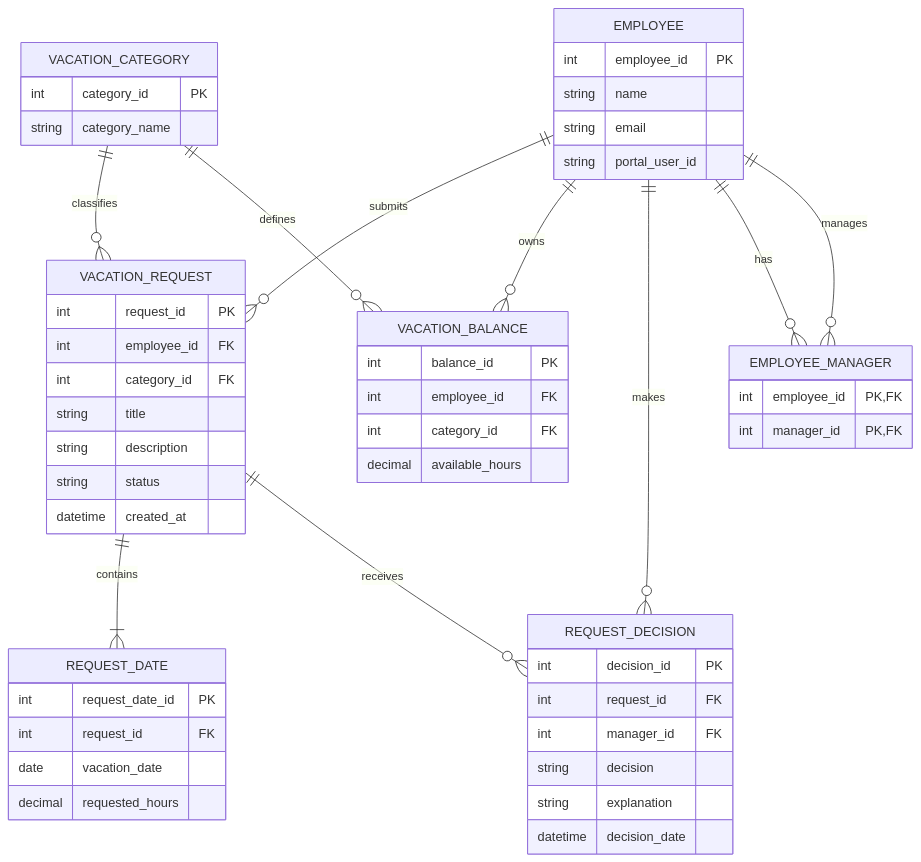
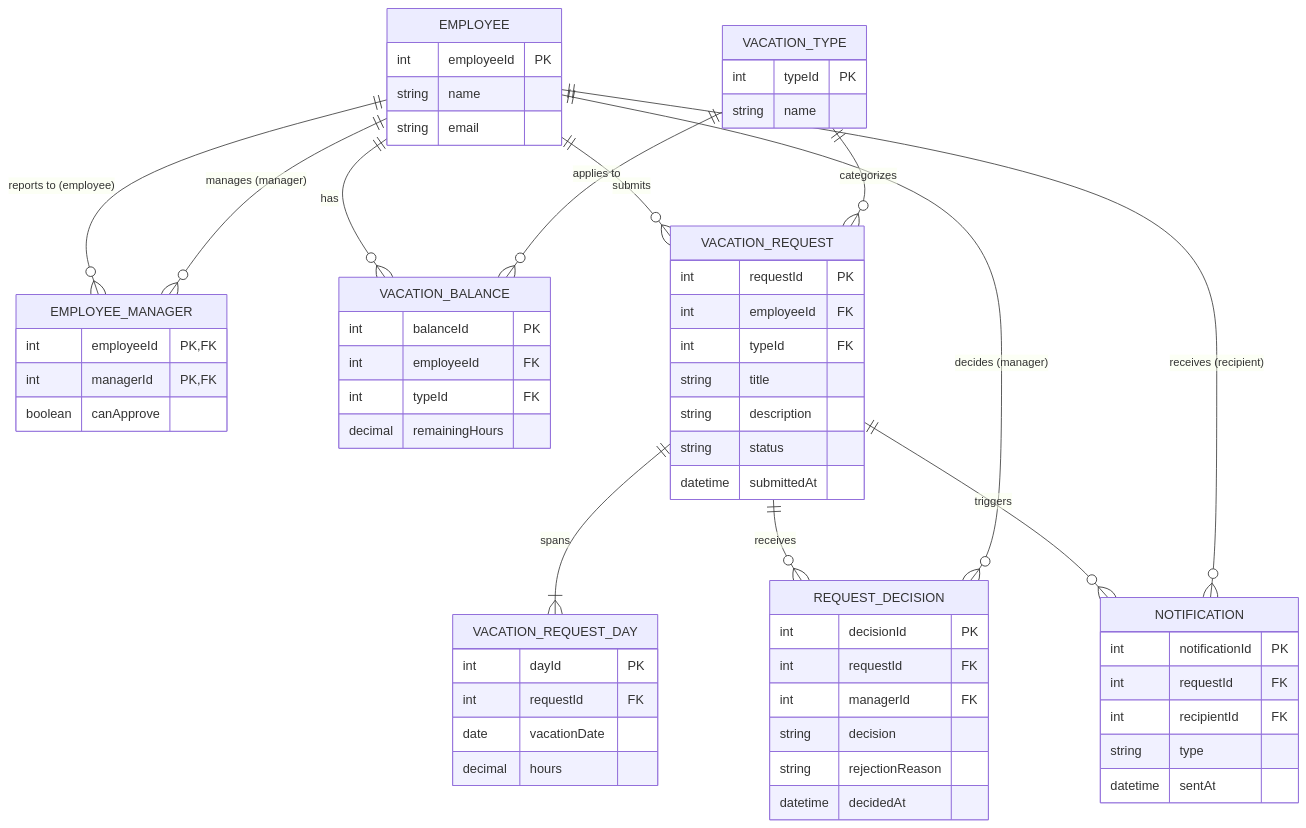
Before and after one commit to AhhmedNasser74/Vacation-Tracking-System: the second of 4 diagrams in README.md, drawn with Mermaid. The commit also changed other lines of this file, not shown here.

````diff
--- a/README.md
+++ b/README.md
@@ -326,62 +232,65 @@
 ```mermaid
 erDiagram
+    EMPLOYEE ||--o{ EMPLOYEE_MANAGER : "reports to (employee)"
+    EMPLOYEE ||--o{ EMPLOYEE_MANAGER : "manages (manager)"
+    EMPLOYEE ||--o{ VACATION_BALANCE : has
+    VACATION_TYPE ||--o{ VACATION_BALANCE : "applies to"
     EMPLOYEE ||--o{ VACATION_REQUEST : submits
-    VACATION_CATEGORY ||--o{ VACATION_REQUEST : classifies
-    EMPLOYEE ||--o{ VACATION_BALANCE : owns
-    VACATION_CATEGORY ||--o{ VACATION_BALANCE : defines
-    VACATION_REQUEST ||--|{ REQUEST_DATE : contains
-    VACATION_REQUEST ||--o{ REQUEST_DECISION : receives
-    EMPLOYEE ||--o{ REQUEST_DECISION : makes
-    EMPLOYEE ||--o{ EMPLOYEE_MANAGER : has
-    EMPLOYEE ||--o{ EMPLOYEE_MANAGER : manages
+    VACATION_TYPE ||--o{ VACATION_REQUEST : "categorizes"
+    VACATION_REQUEST ||--|{ VACATION_REQUEST_DAY : "spans"
+    VACATION_REQUEST ||--o{ REQUEST_DECISION : "receives"
+    EMPLOYEE ||--o{ REQUEST_DECISION : "decides (manager)"
+    VACATION_REQUEST ||--o{ NOTIFICATION : triggers
+    EMPLOYEE ||--o{ NOTIFICATION : "receives (recipient)"
 
     EMPLOYEE {
-        int employee_id PK
+        int employeeId PK
         string name
         string email
-        string portal_user_id
     }
-
-    VACATION_CATEGORY {
-        int category_id PK
-        string category_name
+    EMPLOYEE_MANAGER {
+        int employeeId PK, FK
+        int managerId PK, FK
+        boolean canApprove
     }
-
+    VACATION_TYPE {
+        int typeId PK
+        string name
+    }
     VACATION_BALANCE {
-        int balance_id PK
-        int employee_id FK
-        int category_id FK
-        decimal available_hours
+        int balanceId PK
+        int employeeId FK
+        int typeId FK
+        decimal remainingHours
     }
-
     VACATION_REQUEST {
-        int request_id PK
-        int employee_id FK
-        int category_id FK
+        int requestId PK
+        int employeeId FK
+        int typeId FK
         string title
         string description
         string status
-        datetime created_at
+        datetime submittedAt
     }
-
-    REQUEST_DATE {
-        int request_date_id PK
-        int request_id FK
-        date vacation_date
-        decimal requested_hours
+    VACATION_REQUEST_DAY {
+        int dayId PK
+        int requestId FK
+        date vacationDate
+        decimal hours
     }
-
     REQUEST_DECISION {
-        int decision_id PK
-        int request_id FK
-        int manager_id FK
+        int decisionId PK
+        int requestId FK
+        int managerId FK
         string decision
-        string explanation
-        datetime decision_date
+        string rejectionReason
+        datetime decidedAt
     }
-
-    EMPLOYEE_MANAGER {
-        int employee_id PK, FK
-        int manager_id PK, FK
+    NOTIFICATION {
+        int notificationId PK
+        int requestId FK
+        int recipientId FK
+        string type
+        datetime sentAt
     }
 ```
````
